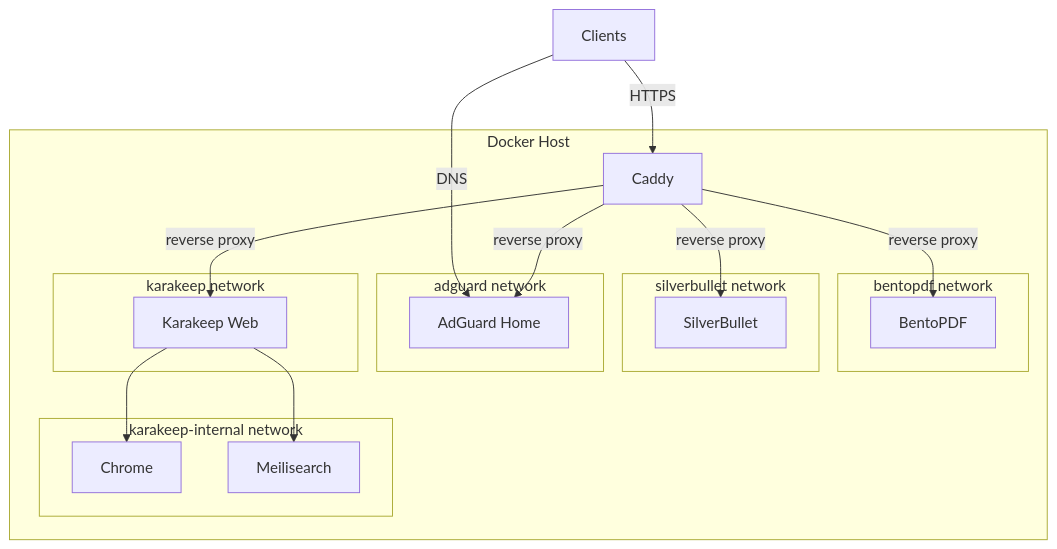
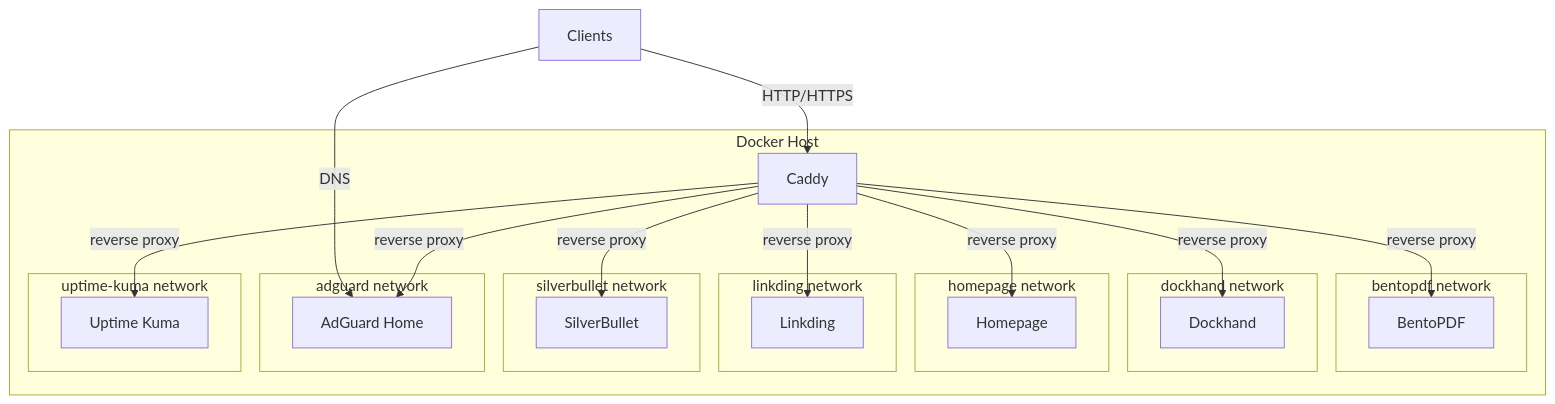
The diagram in README.md (aanushh/self-hosted), drawn with Mermaid before and after one commit. The commit also changed other lines of this file and 1 other file, not shown here.

Commit message:
refactor: update README and runbook for improved clarity and service details

````diff
--- a/README.md
+++ b/README.md
@@ -15,40 +18,47 @@
 ```mermaid
 flowchart TB
     Clients["Clients"]
 
     Clients -->|DNS| AdGuard["AdGuard Home"]
-    Clients -->|HTTPS| Caddy["Caddy"]
+    Clients -->|HTTP/HTTPS| Caddy["Caddy"]
 
     subgraph Docker["Docker Host"]
         Caddy
 
         subgraph Bento["bentopdf network"]
             BentoPDF["BentoPDF"]
+        end
+
+        subgraph DockhandNet["dockhand network"]
+            Dockhand["Dockhand"]
+        end
+
+        subgraph HomepageNet["homepage network"]
+            Homepage["Homepage"]
+        end
+
+        subgraph LinkdingNet["linkding network"]
+            Linkding["Linkding"]
         end
 
         subgraph Silver["silverbullet network"]
             SilverBullet["SilverBullet"]
         end
 
         subgraph AdGuardNet["adguard network"]
             AdGuard
         end
 
-        subgraph Karakeep["karakeep network"]
-            KarakeepWeb["Karakeep Web"]
-        end
-
-        subgraph KarakeepInternal["karakeep-internal network"]
-            Chrome["Chrome"]
-            Meilisearch["Meilisearch"]
+        subgraph UptimeNet["uptime-kuma network"]
+            UptimeKuma["Uptime Kuma"]
         end
     end
 
     Caddy -->|reverse proxy| BentoPDF
+    Caddy -->|reverse proxy| Dockhand
+    Caddy -->|reverse proxy| Homepage
+    Caddy -->|reverse proxy| Linkding
     Caddy -->|reverse proxy| SilverBullet
     Caddy -->|reverse proxy| AdGuard
-    Caddy -->|reverse proxy| KarakeepWeb
-
-    KarakeepWeb --> Chrome
-    KarakeepWeb --> Meilisearch
+    Caddy -->|reverse proxy| UptimeKuma
 ```
````
